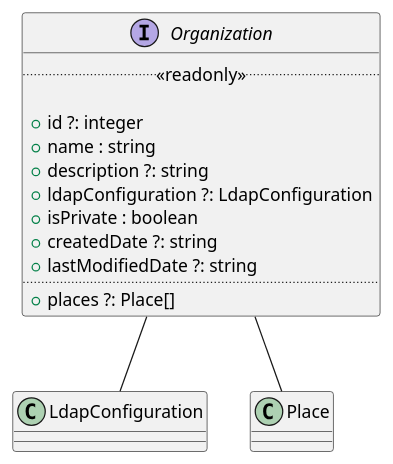
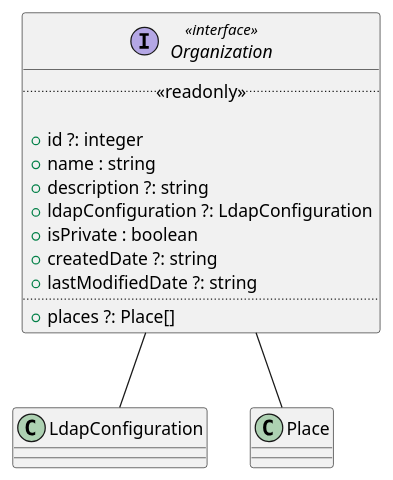
Before and after one commit to GruppOne/stalker-web-app: the diagram in docs/diagrams/interfaces/Organization/Organization.pu, drawn with PlantUML. The commit also changed 10 other files, not shown here.

```diff
--- a/docs/diagrams/interfaces/Organization/Organization.pu
+++ b/docs/diagrams/interfaces/Organization/Organization.pu
@@ -1,18 +1,18 @@
 @startuml Organization Diagram
-interface Organization {
+interface Organization <<interface>> {
   ..<<readonly>>..
 
   + id ?: integer
   + name : string
   + description ?: string
   + ldapConfiguration ?: LdapConfiguration
   + isPrivate : boolean
   + createdDate ?: string
   + lastModifiedDate ?: string
   ....
   + places ?: Place[]
 }
 
 Organization -- LdapConfiguration
 Organization -- Place
 @enduml
```
